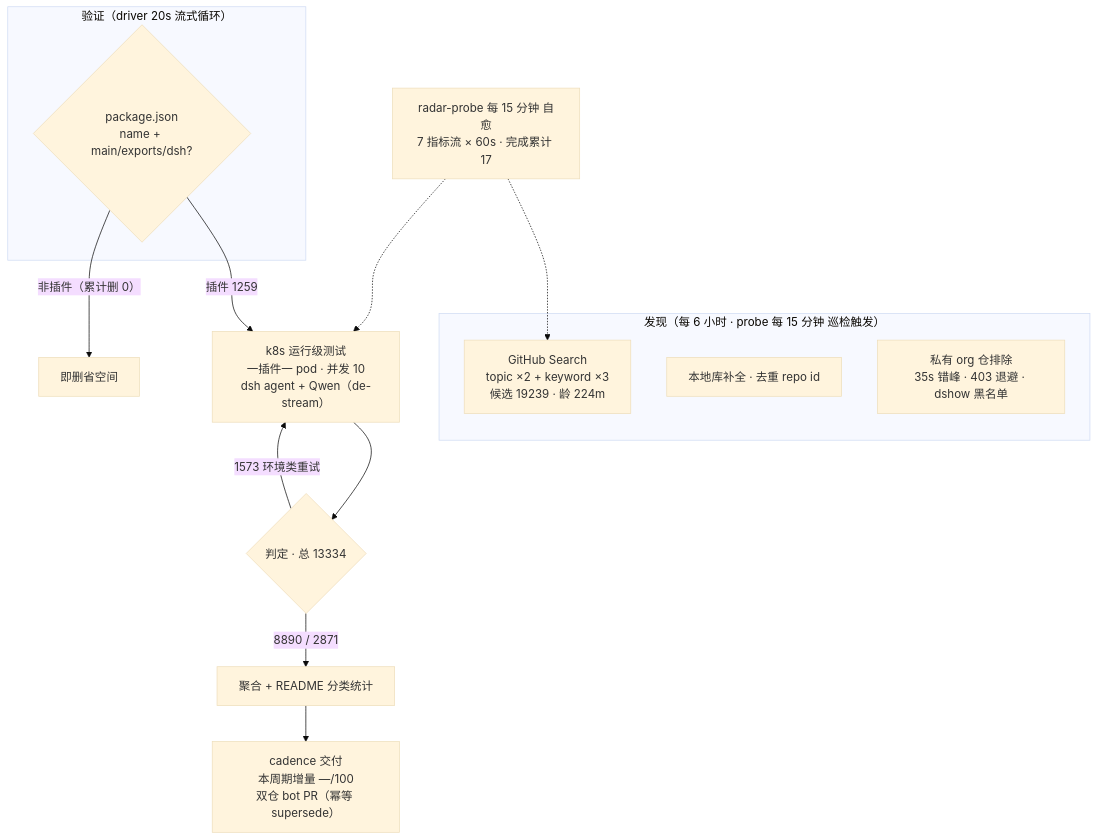
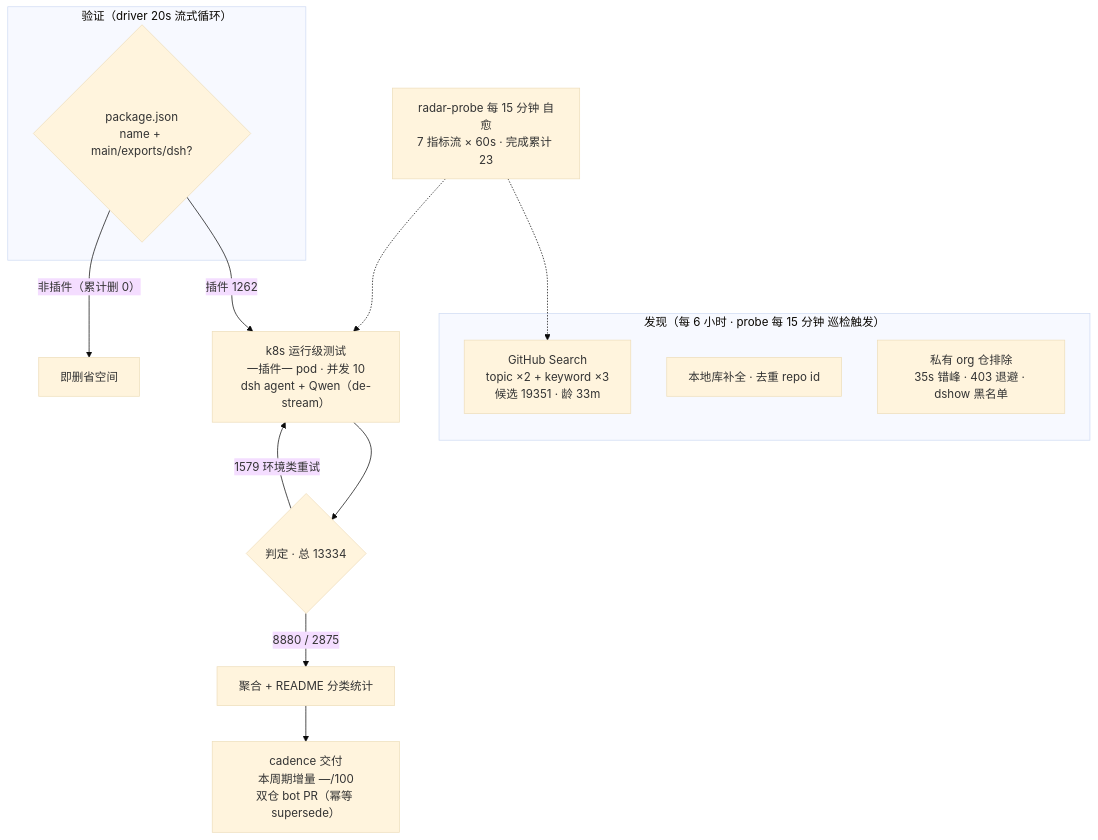
One commit to AdamPlatin123/dsh-plugin-radar changed the diagram in README.md. Above: the diagram before and after it, drawn with Mermaid (base theme). The commit also changed other lines of this file and 16 other files, not shown here.

````diff
--- a/README.md
+++ b/README.md
@@ -52,20 +52,20 @@
 ```mermaid
 flowchart TB
     subgraph Discovery["发现（每 6 小时 · probe 每 15 分钟 巡检触发）"]
-        A1["GitHub Search<br/>topic ×2 + keyword ×3<br/>候选 19239 · 龄 224m"]
+        A1["GitHub Search<br/>topic ×2 + keyword ×3<br/>候选 19351 · 龄 33m"]
         A2["本地库补全 · 去重 repo id"]
         A3["私有 org 仓排除<br/>35s 错峰 · 403 退避 · dshow 黑名单"]
     end
     subgraph Validation["验证（driver 20s 流式循环）"]
         B1{"package.json<br/>name + main/exports/dsh?"}
     end
-    B1 -->|"插件 1259"| C1["k8s 运行级测试<br/>一插件一 pod · 并发 10<br/>dsh agent + Qwen（de-stream）"]
+    B1 -->|"插件 1262"| C1["k8s 运行级测试<br/>一插件一 pod · 并发 10<br/>dsh agent + Qwen（de-stream）"]
     B1 -->|"非插件（累计删 0）"| B3["即删省空间"]
     C1 --> D1{"判定 · 总 13334"}
-    D1 -->|"8890 / 2871"| E1["聚合 + README 分类统计"]
-    D1 -->|"1573 环境类重试"| C1
+    D1 -->|"8880 / 2875"| E1["聚合 + README 分类统计"]
+    D1 -->|"1579 环境类重试"| C1
     E1 --> E2["cadence 交付<br/>本周期增量 —/100<br/>双仓 bot PR（幂等 supersede）"]
-    M["radar-probe 每 15 分钟 自愈<br/>7 指标流 × 60s · 完成累计 17"]
+    M["radar-probe 每 15 分钟 自愈<br/>7 指标流 × 60s · 完成累计 23"]
     M -.-> A1
     M -.-> C1
 ```
````
